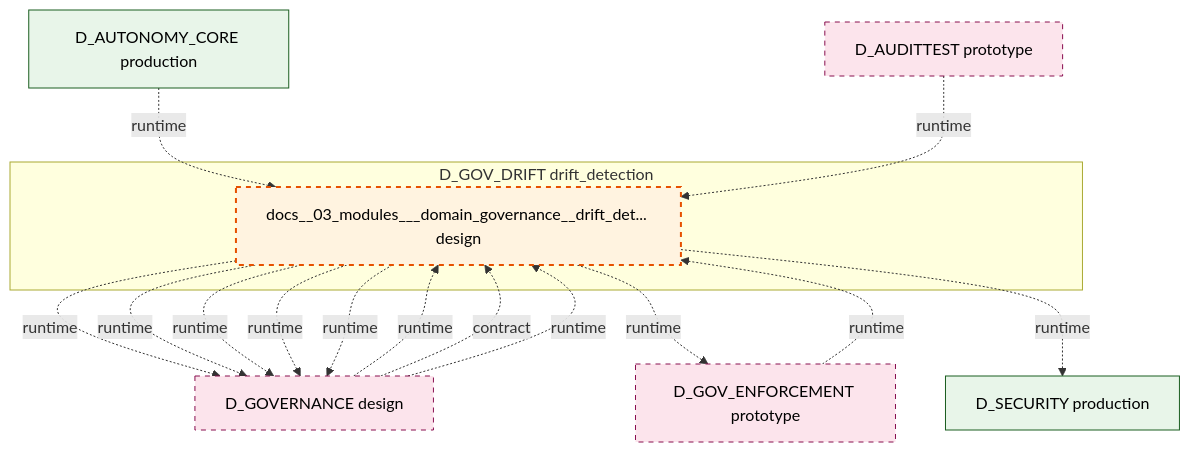
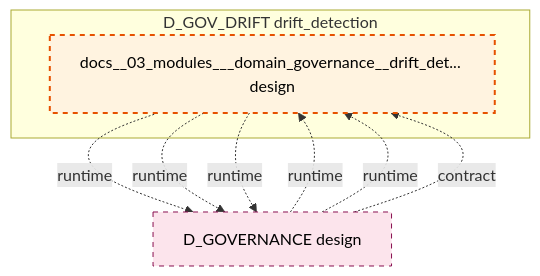
One commit to xuanFelixVan/ZephyrAlpha changed the diagram in docs/02_enterprise_architecture/02_domain_architecture_docs/34_d_gov_drift.md. Above: the diagram before and after it, drawn with Mermaid. The commit also changed other lines of this file and 99 other files, not shown here.

````diff
--- a/docs/02_enterprise_architecture/02_domain_architecture_docs/34_d_gov_drift.md
+++ b/docs/02_enterprise_architecture/02_domain_architecture_docs/34_d_gov_drift.md
@@ -47,31 +47,19 @@
 ```mermaid
 graph TD
     subgraph D_GOV_DRIFT["D_GOV_DRIFT drift_detection"]
         docs_03_modules_domain_governance_drift_detector_blueprint_md["docs__03_modules___domain_governance__drift_det... design"]
     end
     D_GOVERNANCE["D_GOVERNANCE design"]
     docs_03_modules_domain_governance_drift_detector_blueprint_md -.->|runtime| D_GOVERNANCE
     docs_03_modules_domain_governance_drift_detector_blueprint_md -.->|runtime| D_GOVERNANCE
-    D_GOV_ENFORCEMENT["D_GOV_ENFORCEMENT prototype"]
-    docs_03_modules_domain_governance_drift_detector_blueprint_md -.->|runtime| D_GOV_ENFORCEMENT
-    D_SECURITY["D_SECURITY production"]
-    docs_03_modules_domain_governance_drift_detector_blueprint_md -.->|runtime| D_SECURITY
-    docs_03_modules_domain_governance_drift_detector_blueprint_md -.->|runtime| D_GOVERNANCE
-    docs_03_modules_domain_governance_drift_detector_blueprint_md -.->|runtime| D_GOVERNANCE
     docs_03_modules_domain_governance_drift_detector_blueprint_md -.->|runtime| D_GOVERNANCE
     D_GOVERNANCE -.->|runtime| docs_03_modules_domain_governance_drift_detector_blueprint_md
+    D_GOVERNANCE -.->|runtime| docs_03_modules_domain_governance_drift_detector_blueprint_md
     D_GOVERNANCE -.->|contract| docs_03_modules_domain_governance_drift_detector_blueprint_md
-    D_AUTONOMY_CORE["D_AUTONOMY_CORE production"]
-    D_AUTONOMY_CORE -.->|runtime| docs_03_modules_domain_governance_drift_detector_blueprint_md
-    D_AUDITTEST["D_AUDITTEST prototype"]
-    D_AUDITTEST -.->|runtime| docs_03_modules_domain_governance_drift_detector_blueprint_md
-    D_GOV_ENFORCEMENT -.->|runtime| docs_03_modules_domain_governance_drift_detector_blueprint_md
-    D_GOVERNANCE -.->|runtime| docs_03_modules_domain_governance_drift_detector_blueprint_md
     classDef production fill:#e1f5fe,stroke:#01579b,stroke-width:2px,color:#000
     classDef design fill:#fff3e0,stroke:#e65100,stroke-width:2px,color:#000,stroke-dasharray: 5 5
     classDef external_prod fill:#e8f5e9,stroke:#1b5e20,stroke-width:1px,color:#000
     classDef external_design fill:#fce4ec,stroke:#880e4f,stroke-width:1px,color:#000,stroke-dasharray: 5 5
     class docs_03_modules_domain_governance_drift_detector_blueprint_md design
-    class D_SECURITY,D_AUTONOMY_CORE external_prod
-    class D_GOVERNANCE,D_GOV_ENFORCEMENT,D_AUDITTEST external_design
+    class D_GOVERNANCE external_design
 ```
````
